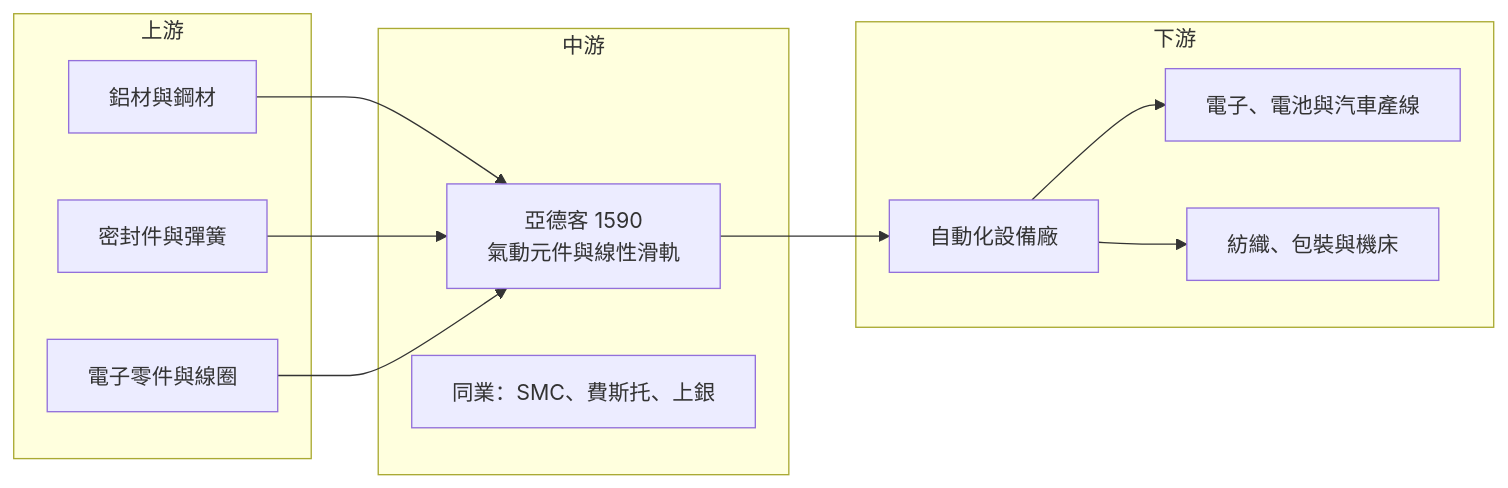
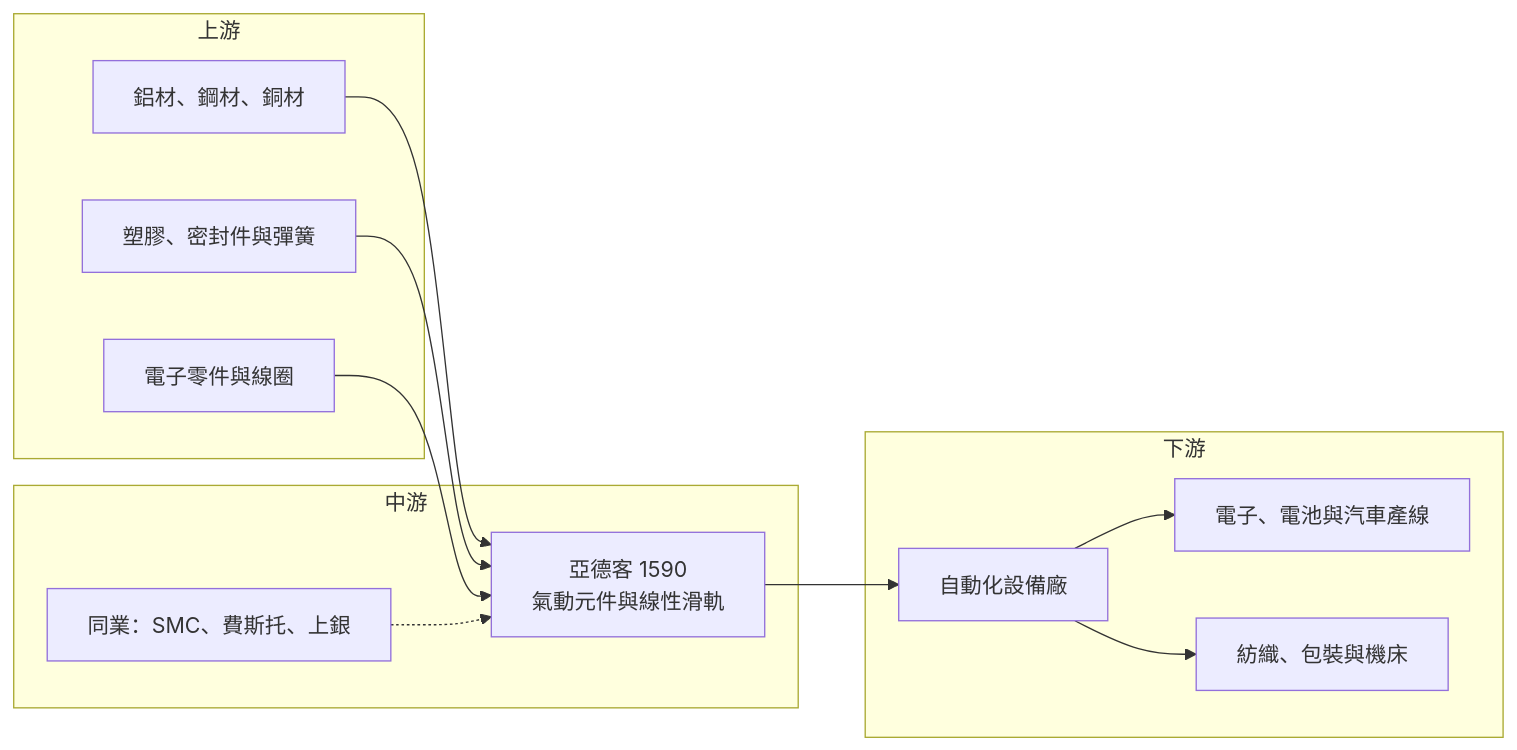
The fourth of 4 diagrams in 個股/台股/1590亞德客-KY.md (wangnick1004/taiwan-stock-vault), drawn with Mermaid before and after one commit. The commit also changed other lines of this file and 27 other files, not shown here.

````diff
--- a/個股/台股/1590亞德客-KY.md
+++ b/個股/台股/1590亞德客-KY.md
@@ -202,23 +220,24 @@
 ```mermaid
 flowchart LR
     subgraph 上游
-        A1[鋁材與鋼材]
-        A2[密封件與彈簧]
-        A3[電子零件與線圈]
+        A1["鋁材、鋼材、銅材"]
+        A2["塑膠、密封件與彈簧"]
+        A3["電子零件與線圈"]
     end
     subgraph 中游
-        B[亞德客 1590<br/>氣動元件與線性滑軌]
-        B2[同業：SMC、費斯托、上銀]
+        B["亞德客 1590<br/>氣動元件與線性滑軌"]
+        B2["同業：SMC、費斯托、上銀"]
     end
     subgraph 下游
-        C1[自動化設備廠]
-        C2[電子、電池與汽車產線]
-        C3[紡織、包裝與機床]
+        C1["自動化設備廠"]
+        C2["電子、電池與汽車產線"]
+        C3["紡織、包裝與機床"]
     end
     A1 --> B
     A2 --> B
     A3 --> B
+    B2 -.-> B
     B --> C1
     C1 --> C2
     C1 --> C3
 ```
````
